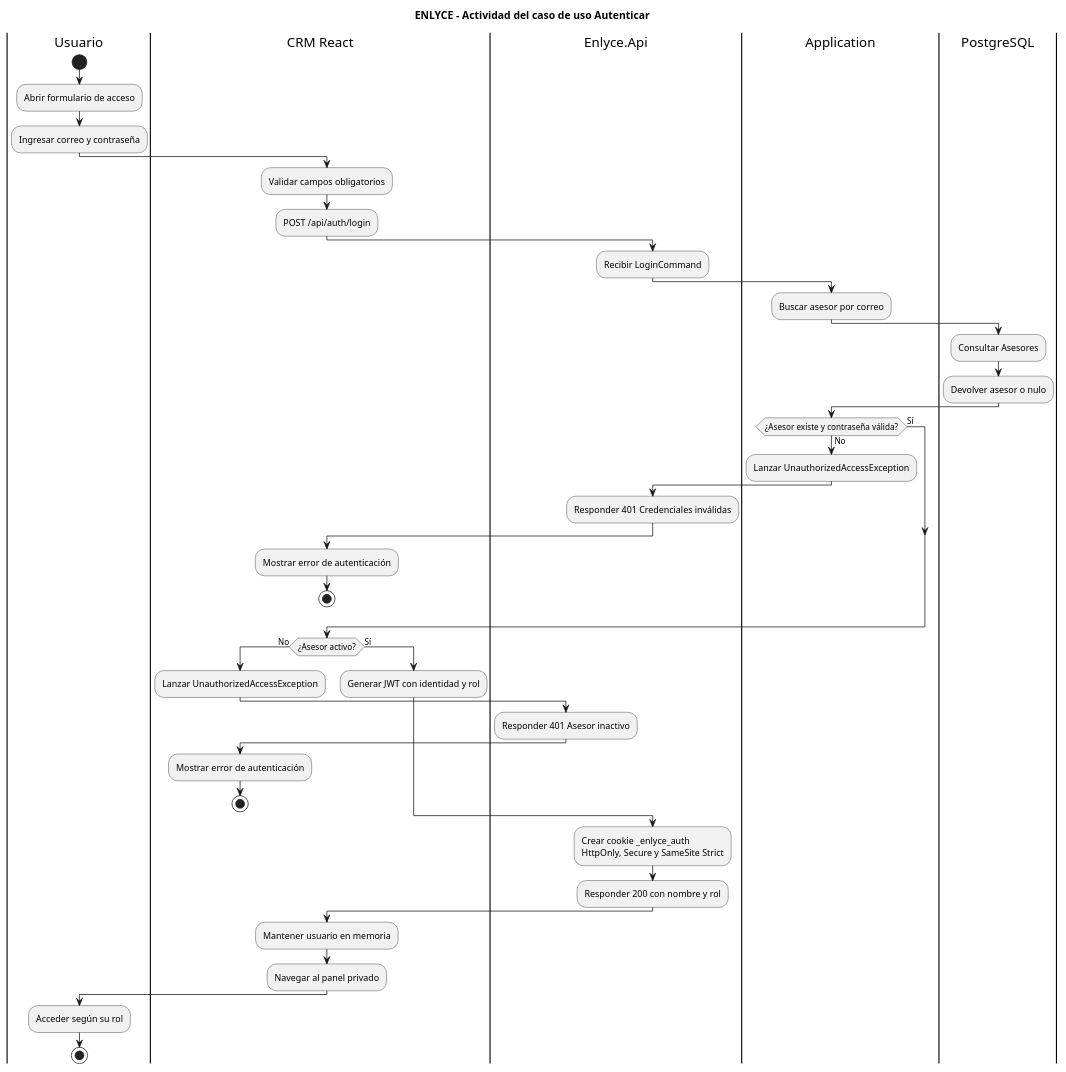
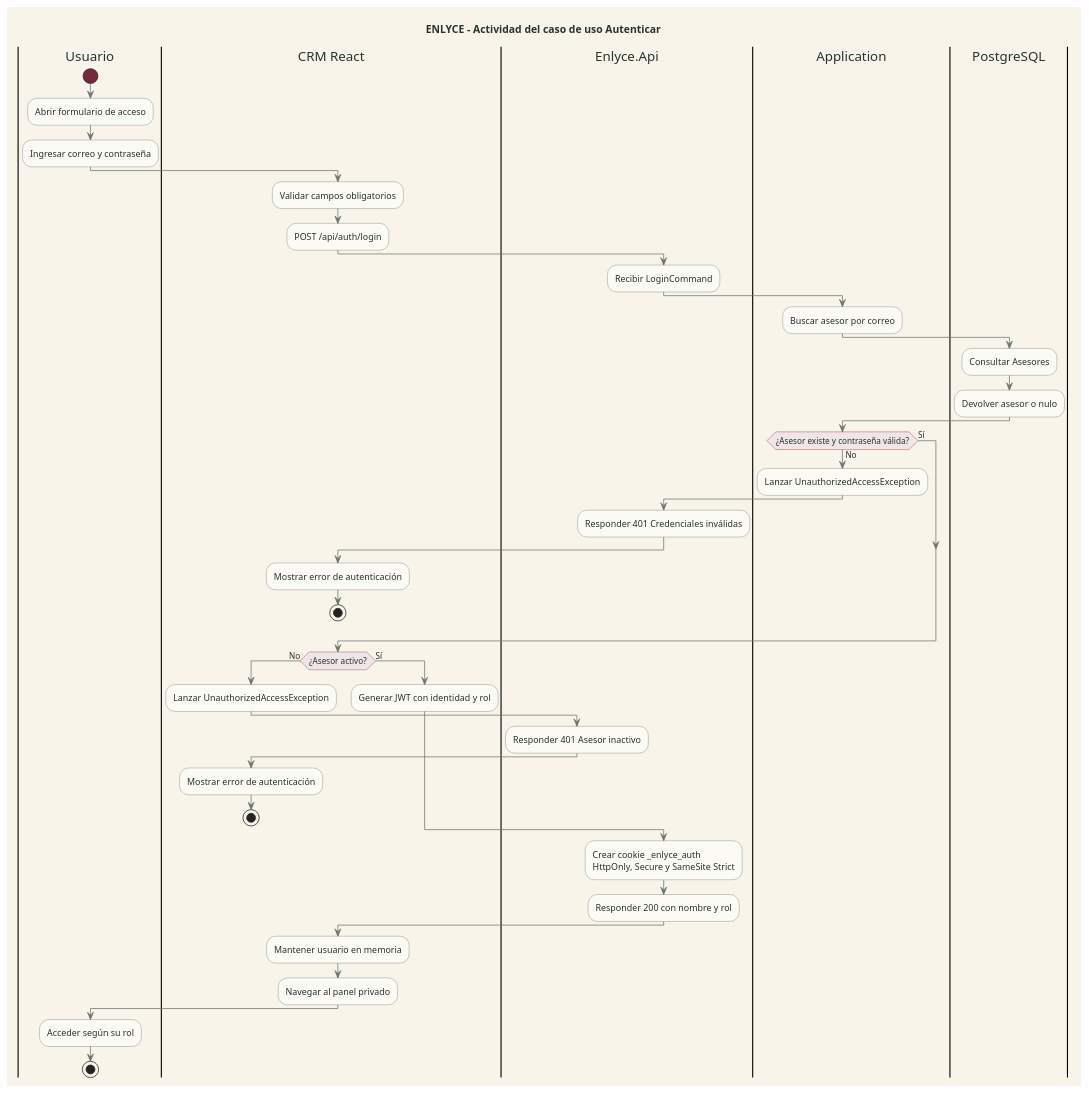
One commit to Samael2626/Enlyce changed the diagram in docs/actividad-2/uml/actividad-autenticar.puml. Above: the diagram before and after it, drawn with PlantUML. The commit also changed 14 other files, not shown here.

Commit message:
redisenar documento academico y diagramas uml

```diff
--- a/docs/actividad-2/uml/actividad-autenticar.puml
+++ b/docs/actividad-2/uml/actividad-autenticar.puml
@@ -1,57 +1,69 @@
 @startuml
 title ENLYCE - Actividad del caso de uso Autenticar
+skinparam backgroundColor #F8F4EA
 skinparam shadowing false
+skinparam defaultFontName "Times New Roman"
+skinparam defaultFontColor #26352F
+skinparam ArrowColor #6B766F
+skinparam activity {
+  BorderColor #66796E
+  BackgroundColor #FCFAF4
+  DiamondBackgroundColor #F1E5E7
+  DiamondBorderColor #742A3A
+  StartColor #742A3A
+  EndColor #742A3A
+}
 
 |Usuario|
 start
 :Abrir formulario de acceso;
 :Ingresar correo y contraseña;
 
 |CRM React|
 :Validar campos obligatorios;
 :POST /api/auth/login;
 
 |Enlyce.Api|
 :Recibir LoginCommand;
 
 |Application|
 :Buscar asesor por correo;
 
 |PostgreSQL|
 :Consultar Asesores;
 :Devolver asesor o nulo;
 
 |Application|
 if (¿Asesor existe y contraseña válida?) then (No)
   :Lanzar UnauthorizedAccessException;
   |Enlyce.Api|
   :Responder 401 Credenciales inválidas;
   |CRM React|
   :Mostrar error de autenticación;
   stop
 else (Sí)
 endif
 
 if (¿Asesor activo?) then (No)
   :Lanzar UnauthorizedAccessException;
   |Enlyce.Api|
   :Responder 401 Asesor inactivo;
   |CRM React|
   :Mostrar error de autenticación;
   stop
 else (Sí)
   :Generar JWT con identidad y rol;
 endif
 
 |Enlyce.Api|
 :Crear cookie _enlyce_auth\nHttpOnly, Secure y SameSite Strict;
 :Responder 200 con nombre y rol;
 
 |CRM React|
 :Mantener usuario en memoria;
 :Navegar al panel privado;
 
 |Usuario|
 :Acceder según su rol;
 stop
 @enduml
```
